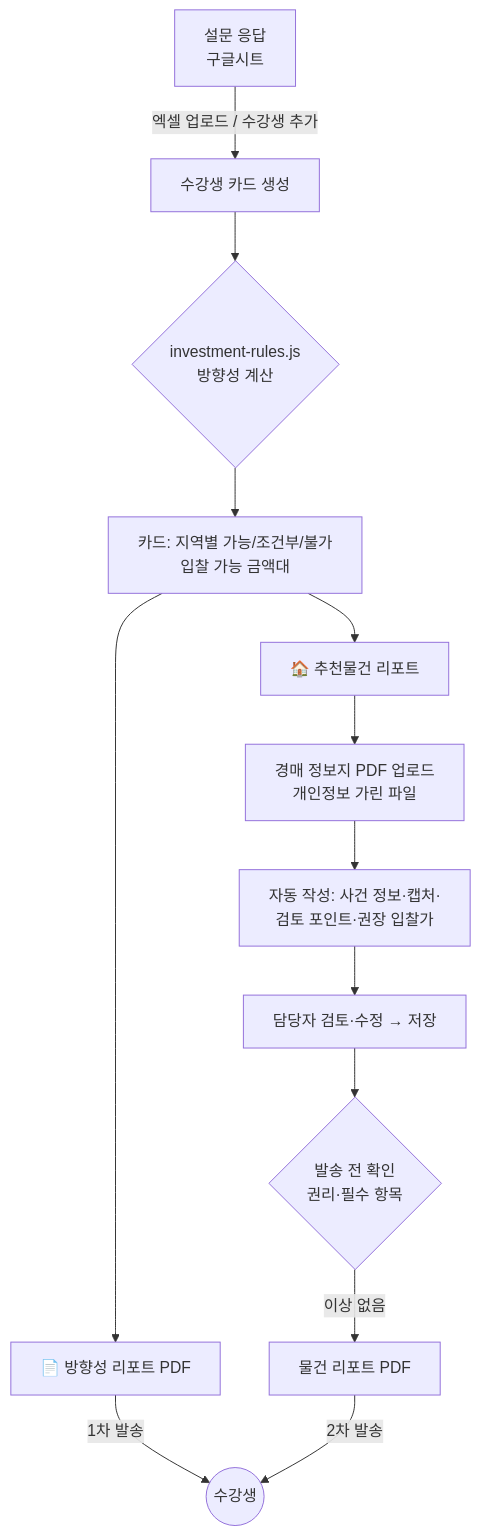
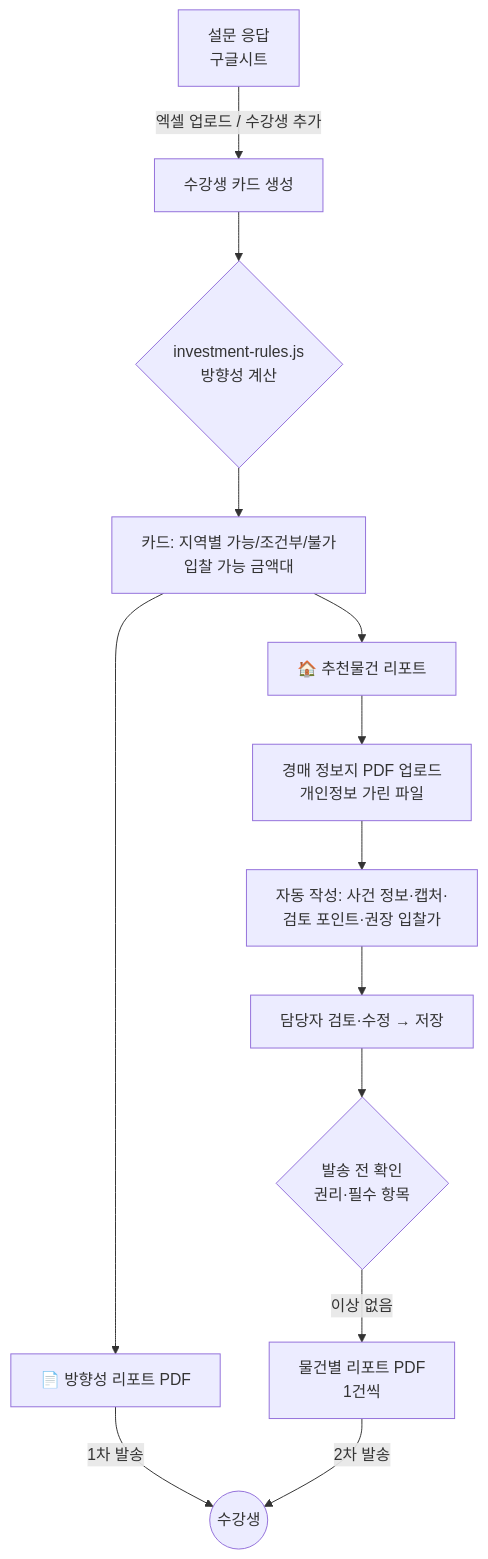
One commit to bdsedu94-boop/realestate-consulting changed the second of 5 diagrams in docs/ARCHITECTURE.md. Above: the diagram before and after it, drawn with Mermaid. The commit also changed 2 other files, not shown here.

Commit message:
추천물건 리포트: 물건마다 PDF 1건씩, 전체 PDF 버튼 제거
- 물건 줄 오른쪽 작은 📄 → [📄 리포트 PDF] 버튼, 물건 안 [📄 이 물건 PDF] → [📄 리포트 PDF 받기]
- 파일명: 기수_이름_경매물건_사건번호.pdf
- 안내 문구·README·구조 문서 갱신

Claude-Session: https://claude.ai/code/session_01E5iTB89r5F8bS9xFHmsFwE

````diff
--- a/docs/ARCHITECTURE.md
+++ b/docs/ARCHITECTURE.md
@@ -101,15 +101,15 @@
 ```mermaid
 flowchart TD
   A[설문 응답<br/>구글시트] -->|엑셀 업로드 / 수강생 추가| B[수강생 카드 생성]
   B --> C{investment-rules.js<br/>방향성 계산}
   C --> D[카드: 지역별 가능/조건부/불가<br/>입찰 가능 금액대]
   D --> E[📄 방향성 리포트 PDF]
   E -->|1차 발송| S1((수강생))
   D --> F[🏠 추천물건 리포트]
   F --> G[경매 정보지 PDF 업로드<br/>개인정보 가린 파일]
   G --> H[자동 작성: 사건 정보·캡처·<br/>검토 포인트·권장 입찰가]
   H --> I[담당자 검토·수정 → 저장]
   I --> J{발송 전 확인<br/>권리·필수 항목}
-  J -->|이상 없음| K[물건 리포트 PDF]
+  J -->|이상 없음| K[물건별 리포트 PDF<br/>1건씩]
   K -->|2차 발송| S1
 ```
````
